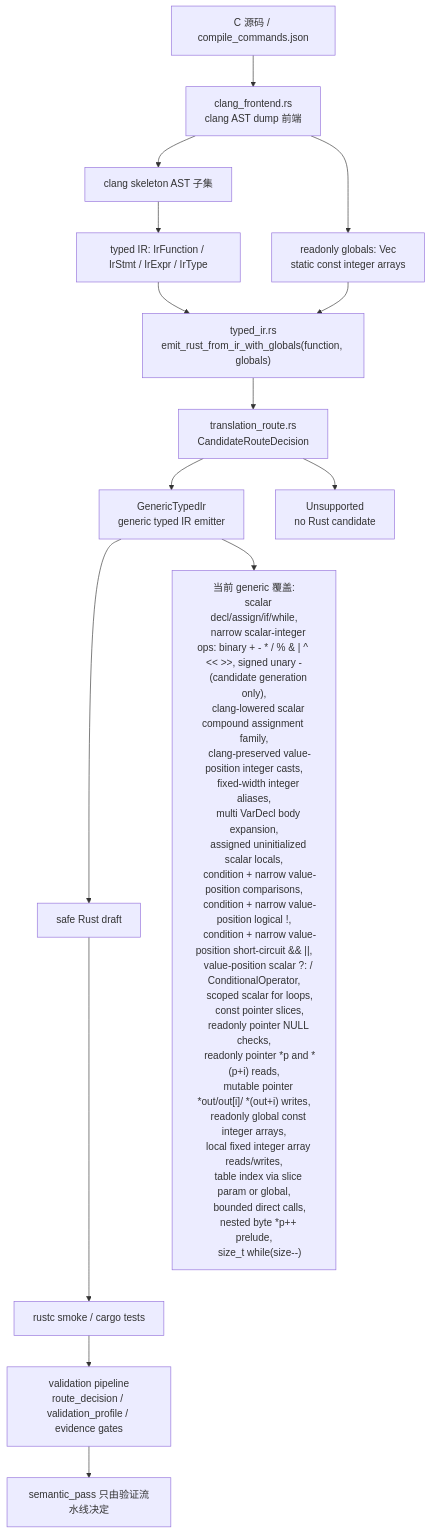
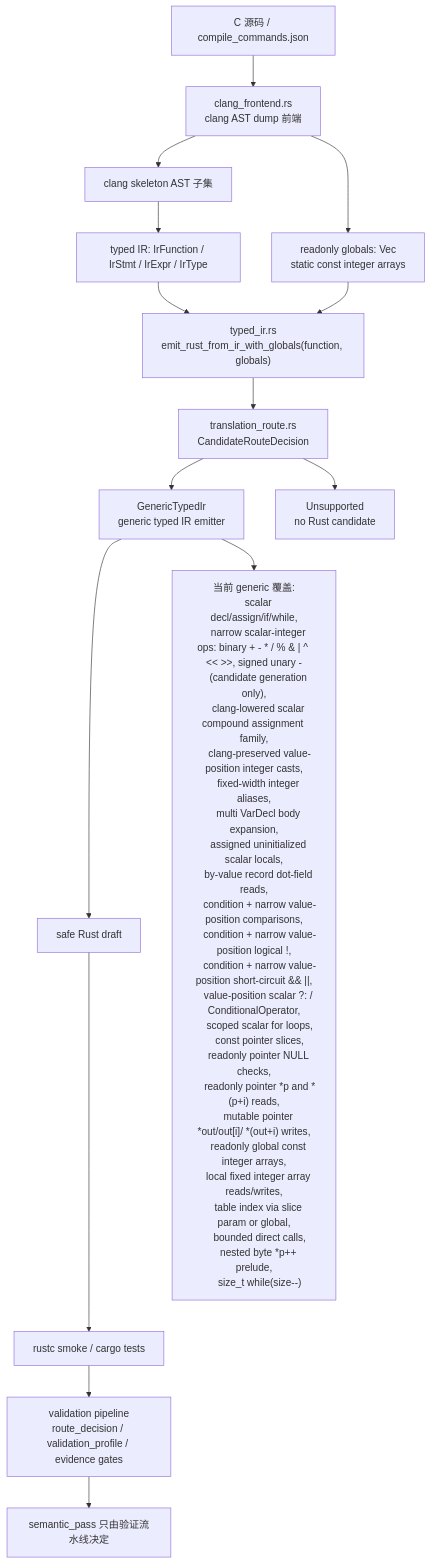
One commit to guoqihan342-svg/c-to-rust changed the diagram in docs/c2rust-migration-agent/core-translation-architecture.md. Above: the diagram before and after it, drawn with Mermaid. The commit also changed other lines of this file and 5 other files, not shown here.

Commit message:
feat: document and test record field reads

````diff
--- a/docs/c2rust-migration-agent/core-translation-architecture.md
+++ b/docs/c2rust-migration-agent/core-translation-architecture.md
@@ -7,41 +7,42 @@
 ```mermaid
 flowchart TD
     C["C 源码 / compile_commands.json"] --> Clang["clang_frontend.rs<br/>clang AST dump 前端"]
     Clang --> Skeleton["clang skeleton AST 子集"]
     Skeleton --> IR["typed IR: IrFunction / IrStmt / IrExpr / IrType"]
     Clang --> Globals["readonly globals: Vec<IrGlobal><br/>static const integer arrays"]
     IR --> EmitCtx["typed_ir.rs<br/>emit_rust_from_ir_with_globals(function, globals)"]
     Globals --> EmitCtx
     EmitCtx --> RouteMeta["translation_route.rs<br/>CandidateRouteDecision"]
     RouteMeta --> Generic["GenericTypedIr<br/>generic typed IR emitter"]
     RouteMeta --> Unsupported["Unsupported<br/>no Rust candidate"]
     Generic --> Rust["safe Rust draft"]
     Rust --> Rustc["rustc smoke / cargo tests"]
     Rustc --> Validation["validation pipeline<br/>route_decision / validation_profile / evidence gates"]
 
     Generic --> Supported["当前 generic 覆盖:
     scalar decl/assign/if/while,
     narrow scalar-integer ops: binary + - * / % & | ^ << >>, signed unary -
     (candidate generation only),
     clang-lowered scalar compound assignment family,
     clang-preserved value-position integer casts,
     fixed-width integer aliases,
     multi VarDecl body expansion,
     assigned uninitialized scalar locals,
+    by-value record dot-field reads,
     condition + narrow value-position comparisons,
     condition + narrow value-position logical !,
     condition + narrow value-position short-circuit && ||,
     value-position scalar ?: / ConditionalOperator,
     scoped scalar for loops,
     const pointer slices,
     readonly pointer NULL checks,
     readonly pointer *p and *(p+i) reads,
     mutable pointer *out/out[i]/ *(out+i) writes,
     readonly global const integer arrays,
     local fixed integer array reads/writes,
     table index via slice param or global,
     bounded direct calls,
     nested byte *p++ prelude,
     size_t while(size--)"]
     Validation --> Semantic["semantic_pass 只由验证流水线决定"]
 ```
````
